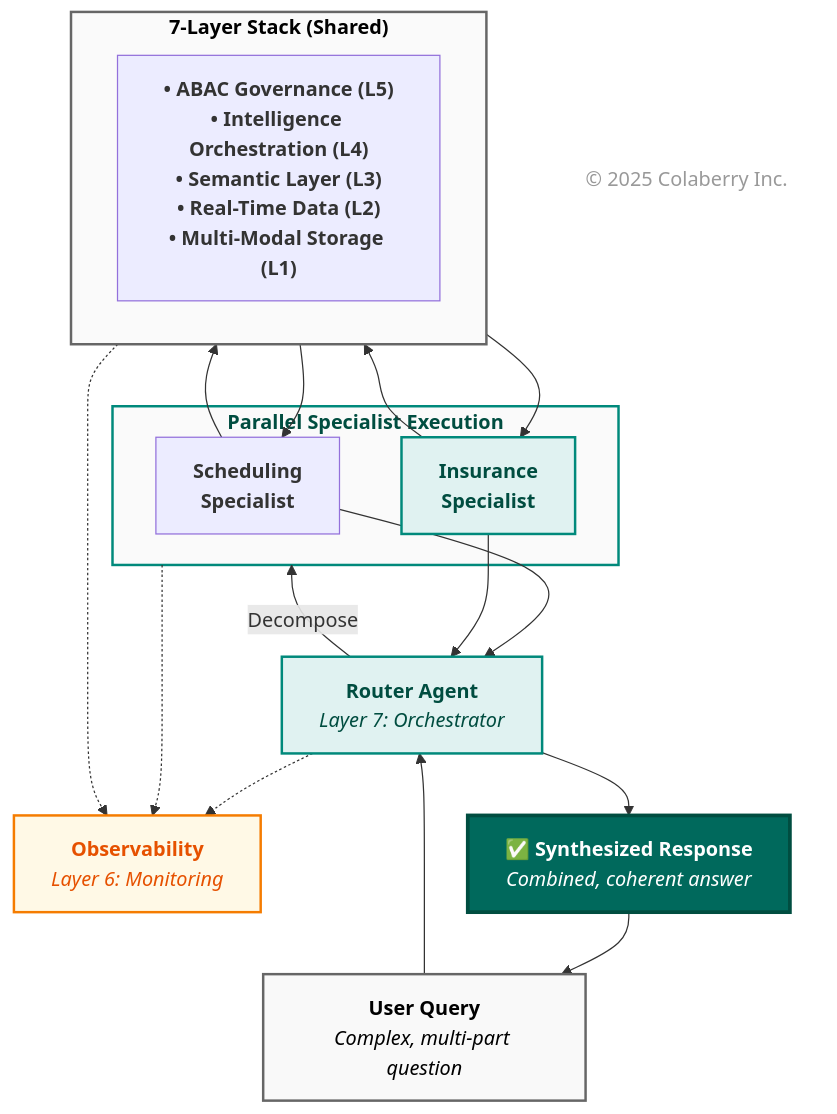
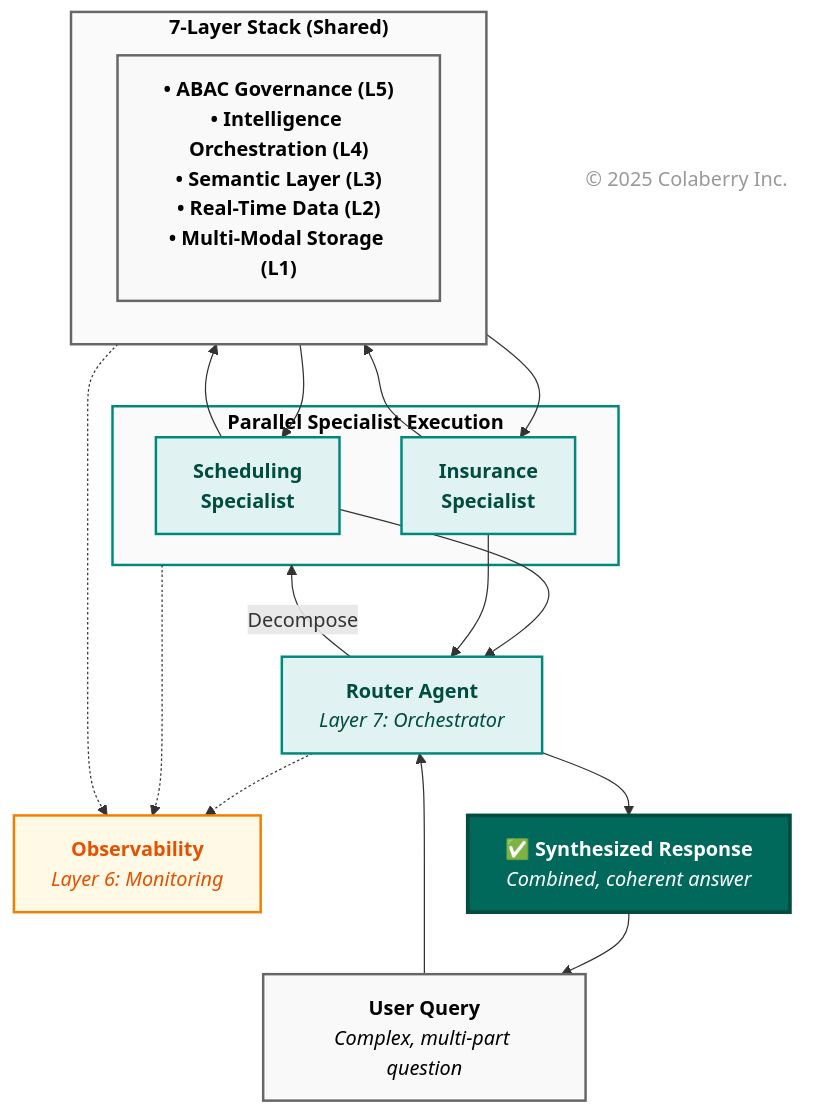
One commit to colaberry/enterprise-data-readiness-ai-agents changed diagram 14 of 16 in chapter-01/chapter_1_complete.md. Above: the diagram before and after it, drawn with Mermaid.

Commit message:
diagram 5a touched
diagram 5a touched

````diff
--- a/chapter-01/chapter_1_complete.md
+++ b/chapter-01/chapter_1_complete.md
@@ -2226,47 +2226,53 @@
 ```mermaid
+
 graph TB
     U["`**User Query**<br/><i>Complex, multi-part question</i>`"]
     
     R["`**Router Agent**<br/><i>Layer 7: Orchestrator</i>`"]
     
     subgraph parallel["`**Parallel Specialist Execution**`"]
         S1["`**Scheduling<br/>Specialist**`"]
         S2["`**Insurance<br/>Specialist**`"]
     end
     
     subgraph stack["`**7-Layer Stack (Shared)**`"]
         ST["`**• ABAC Governance (L5)**<br/><b>• Intelligence Orchestration (L4)</b><br/><b>• Semantic Layer (L3)</b><br/><b>• Real-Time Data (L2)</b><br/><b>• Multi-Modal Storage (L1)</b>`"]
     end
     
     O["`**Observability**<br/><i>Layer 6: Monitoring</i>`"]
     
     RESP["`**✅ Synthesized Response**<br/><i>Combined, coherent answer</i>`"]
     
     U --> R
     R -->|Decompose| parallel
     S1 --> stack
     S2 --> stack
     stack --> S1
     stack --> S2
     S1 --> R
     S2 --> R
     R --> RESP
     RESP --> U
     
     R -.-> O
     parallel -.-> O
     stack -.-> O
     
     style U fill:#f9f9f9,stroke:#666666,stroke-width:2px,color:#000000
     style R fill:#e0f2f1,stroke:#00897b,stroke-width:2px,color:#004d40
-    style parallel fill:#fafafa,stroke:#00897b,stroke-width:2px,color:#000000    style S1 fill:#e0f2f1,stroke:#00897b,stroke-width:2px,color:#004d40
+    
+    style parallel fill:#fafafa,stroke:#00897b,stroke-width:2px,color:#000000
+    style S1 fill:#e0f2f1,stroke:#00897b,stroke-width:2px,color:#004d40
     style S2 fill:#e0f2f1,stroke:#00897b,stroke-width:2px,color:#004d40
-    style stack fill:#fafafa,stroke:#666666,stroke-width:2px,color:#000000    style ST fill:#f9f9f9,stroke:#666666,stroke-width:2px,color:#000000
+    
+    style stack fill:#fafafa,stroke:#666666,stroke-width:2px,color:#000000
+    style ST fill:#f9f9f9,stroke:#666666,stroke-width:2px,color:#000000
+    
     style O fill:#fff9e6,stroke:#f57c00,stroke-width:2px,color:#e65100
+    style RESP fill:#00695c,color:#ffffff,stroke:#004d40,stroke-width:3px
 
     %% Copyright Notice
     CR["© 2025 Colaberry Inc."]
-
-    style RESP fill:#00695c,color:#ffffff,stroke:#004d40,stroke-width:3px
     style CR fill:none,stroke:none,color:#999999
+    
 ```
````
